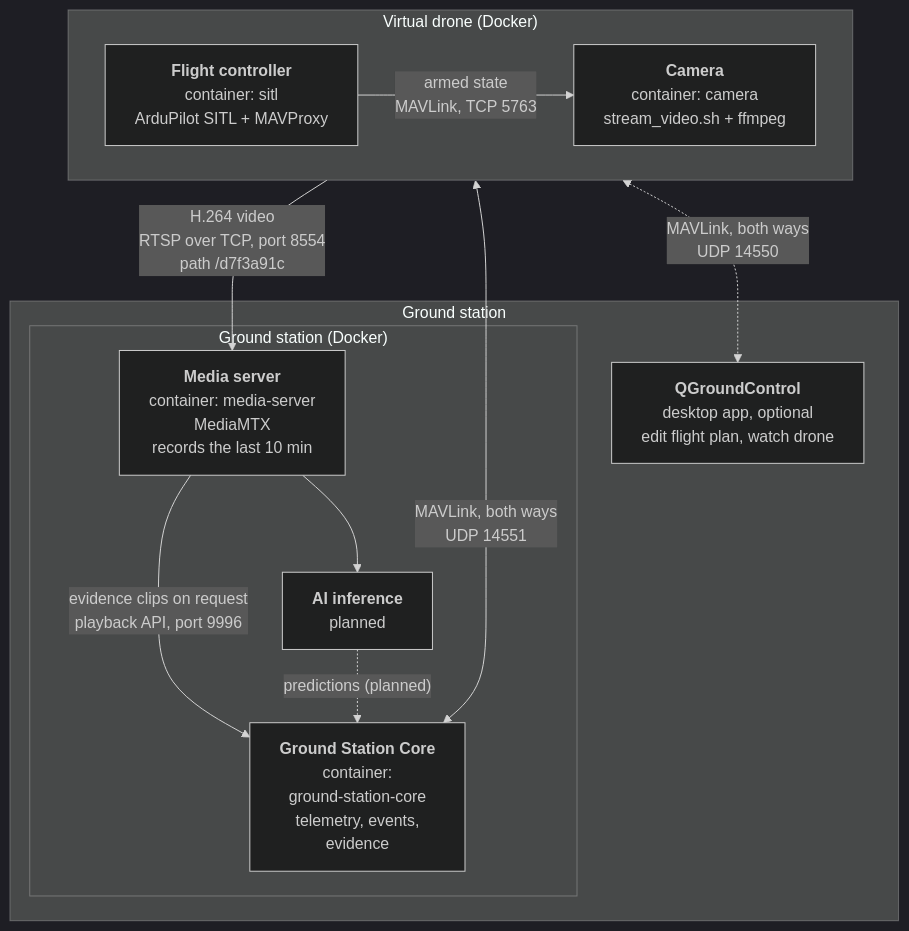
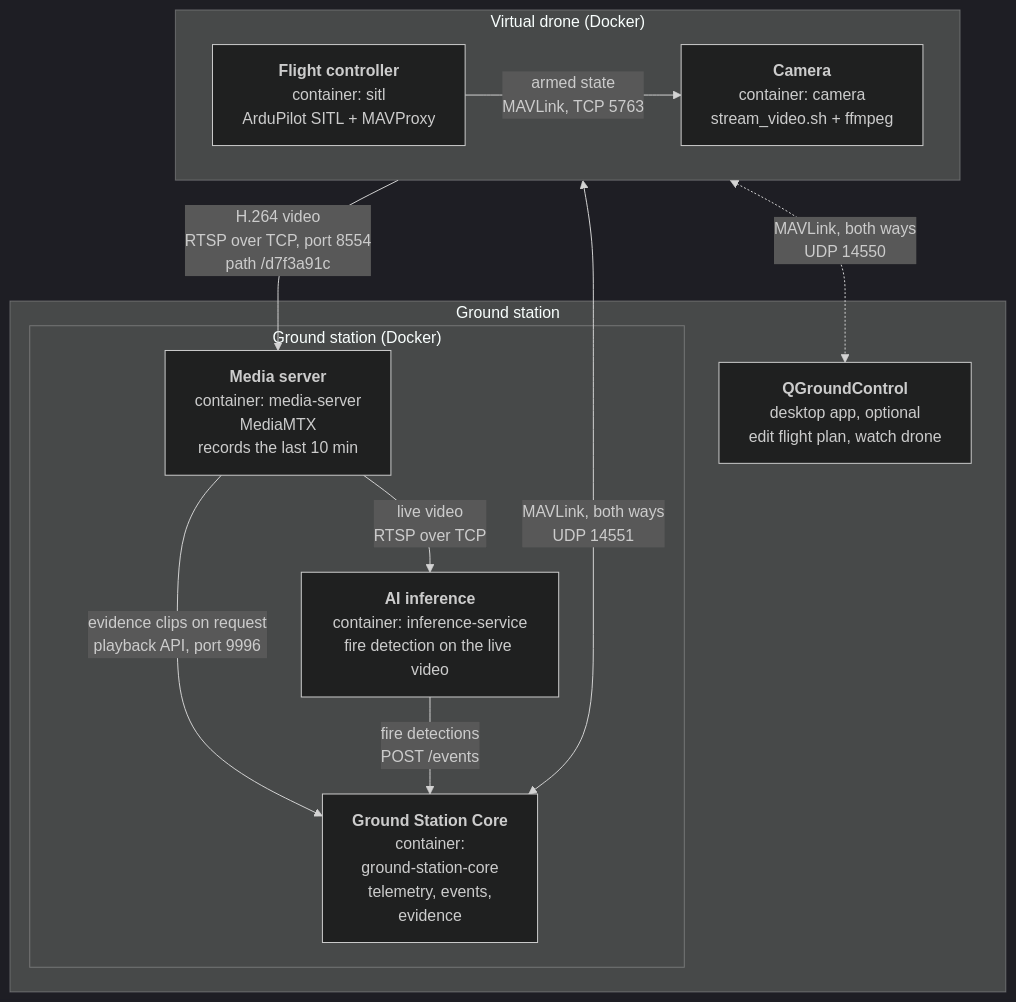
One commit to Dalai426/UAV-Based-Wildfire-Surveillance-System changed the diagram in edge/drone/README.md. Above: the diagram before and after it, drawn with Mermaid (dark theme). The commit also changed 2 other files, not shown here.

Commit message:
added some stuff to README

````diff
--- a/edge/drone/README.md
+++ b/edge/drone/README.md
@@ -65,25 +65,25 @@
 ```mermaid
 flowchart TB
     subgraph DRONE["Virtual drone (Docker)"]
         direction LR
         SITL["<b>Flight controller</b><br/>container: sitl<br/>ArduPilot SITL + MAVProxy"]
         CAM["<b>Camera</b><br/>container: camera<br/>stream_video.sh + ffmpeg"]
     end
 
     subgraph GSTATION["Ground station"]
         QGC["<b>QGroundControl</b><br/>desktop app, optional<br/>edit flight plan, watch drone"]
         subgraph GS["Ground station (Docker)"]
             MTX["<b>Media server</b><br/>container: media-server<br/>MediaMTX<br/>records the last 10 min"]
-            AI["<b>AI inference</b><br/>planned"]
+            AI["<b>AI inference</b><br/>container: inference-service<br/>fire detection on the live video"]
             CORE["<b>Ground Station Core</b><br/>container:<br/>ground-station-core<br/>telemetry, events,<br/>evidence"]
         end
     end
 
     SITL -- "armed state<br/>MAVLink, TCP 5763" --> CAM
     SITL <-. "MAVLink, both ways<br/>UDP 14550" .-> QGC
     SITL <-- "MAVLink, both ways<br/>UDP 14551" --> CORE
     CAM -- "H.264 video<br/>RTSP over TCP, port 8554<br/>path /d7f3a91c" --> MTX
-    MTX --> AI
+    MTX -- "live video<br/>RTSP over TCP" --> AI
     MTX -- "evidence clips on request<br/>playback API, port 9996" --> CORE
-    AI -. "predictions (planned)" .-> CORE
+    AI -- "fire detections<br/>POST /events" --> CORE
 ```
````
